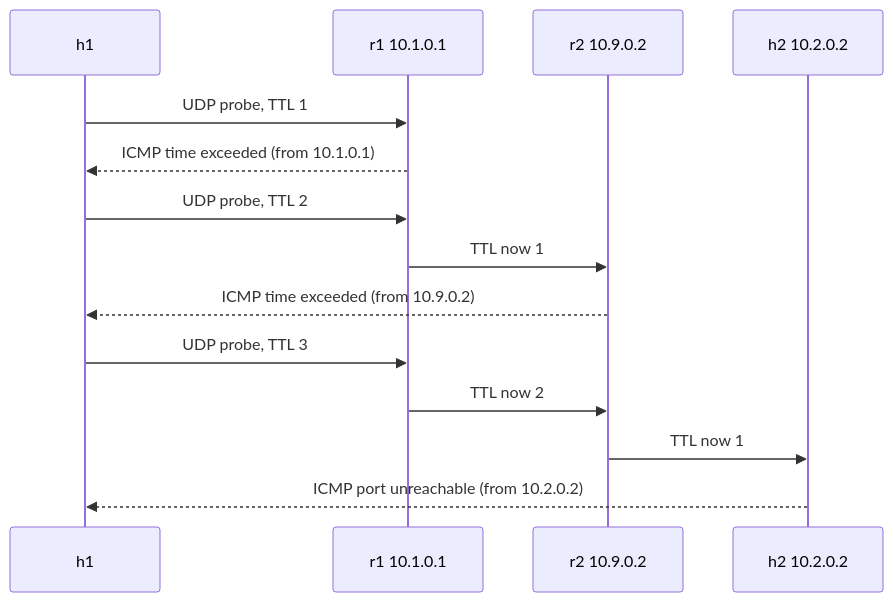
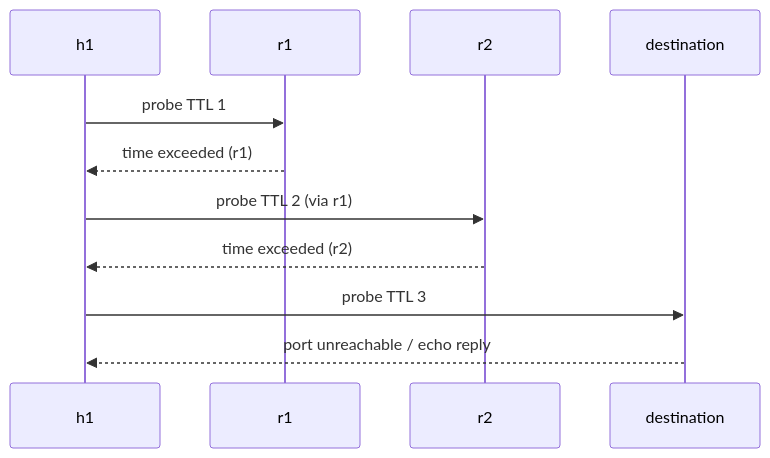
One commit to Princeahrwar/Study changed the second of 4 diagrams in 07_networking/02_ip_routing_and_layer3.md. Above: the diagram before and after it, drawn with Mermaid. The commit also changed other lines of this file, not shown here.

````diff
--- a/07_networking/02_ip_routing_and_layer3.md
+++ b/07_networking/02_ip_routing_and_layer3.md
@@ -596,16 +222,13 @@
 ```mermaid
 sequenceDiagram
   participant H as h1
-  participant R1 as r1 10.1.0.1
-  participant R2 as r2 10.9.0.2
-  participant D as h2 10.2.0.2
-  H->>R1: UDP probe, TTL 1
-  R1-->>H: ICMP time exceeded (from 10.1.0.1)
-  H->>R1: UDP probe, TTL 2
-  R1->>R2: TTL now 1
-  R2-->>H: ICMP time exceeded (from 10.9.0.2)
-  H->>R1: UDP probe, TTL 3
-  R1->>R2: TTL now 2
-  R2->>D: TTL now 1
-  D-->>H: ICMP port unreachable (from 10.2.0.2)
+  participant R1 as r1
+  participant R2 as r2
+  participant D as destination
+  H->>R1: probe TTL 1
+  R1-->>H: time exceeded (r1)
+  H->>R2: probe TTL 2 (via r1)
+  R2-->>H: time exceeded (r2)
+  H->>D: probe TTL 3
+  D-->>H: port unreachable / echo reply
 ```
````
